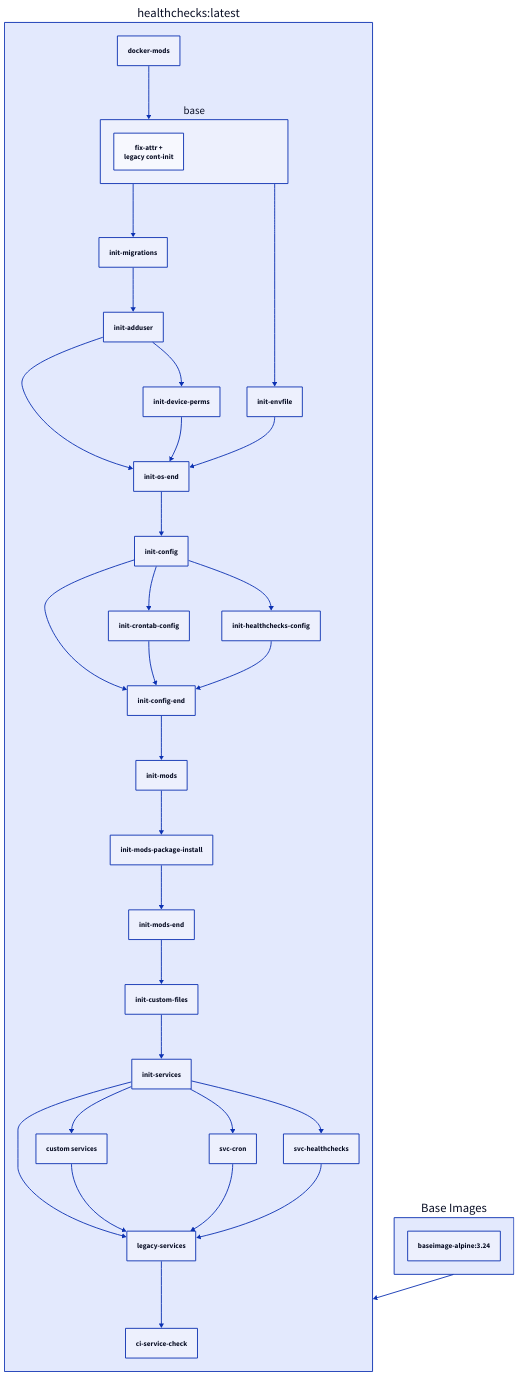
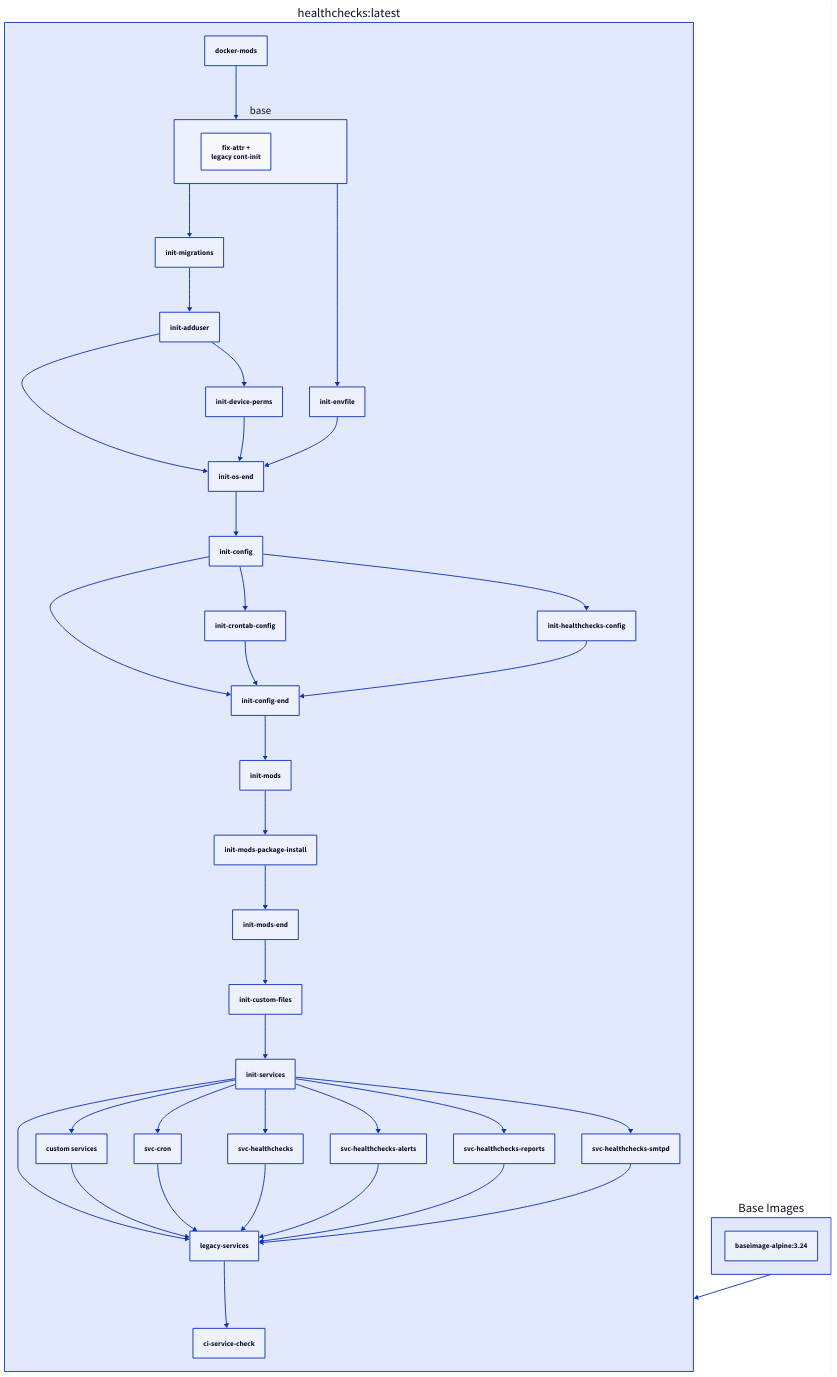
The diagram in docs/images/docker-healthchecks.md (linuxserver/docker-documentation), drawn with D2 before and after one commit. The commit also changed other lines of this file, not shown here.

Commit message:
Bot Updating Documentation

````diff
--- a/docs/images/docker-healthchecks.md
+++ b/docs/images/docker-healthchecks.md
@@ -335,41 +335,47 @@
     ```d2
     "healthchecks:latest": {
       docker-mods
       base {
         fix-attr +\nlegacy cont-init
       }
       docker-mods -> base
       legacy-services
       custom services
       init-services -> legacy-services
       init-services -> custom services
       custom services -> legacy-services
       legacy-services -> ci-service-check
       init-migrations -> init-adduser
       init-os-end -> init-config
       init-config -> init-config-end
       init-crontab-config -> init-config-end
       init-healthchecks-config -> init-config-end
       init-config -> init-crontab-config
       init-mods-end -> init-custom-files
       init-adduser -> init-device-perms
       base -> init-envfile
       init-config -> init-healthchecks-config
       base -> init-migrations
       init-config-end -> init-mods
       init-mods-package-install -> init-mods-end
       init-mods -> init-mods-package-install
       init-adduser -> init-os-end
       init-device-perms -> init-os-end
       init-envfile -> init-os-end
       init-custom-files -> init-services
       init-services -> svc-cron
       svc-cron -> legacy-services
       init-services -> svc-healthchecks
       svc-healthchecks -> legacy-services
+      init-services -> svc-healthchecks-alerts
+      svc-healthchecks-alerts -> legacy-services
+      init-services -> svc-healthchecks-reports
+      svc-healthchecks-reports -> legacy-services
+      init-services -> svc-healthchecks-smtpd
+      svc-healthchecks-smtpd -> legacy-services
     }
     Base Images: {
       "baseimage-alpine:3.24"
     }
     "healthchecks:latest" <- Base Images
     ```
````
